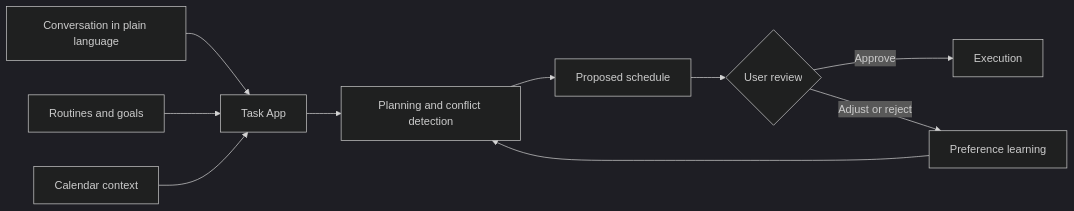
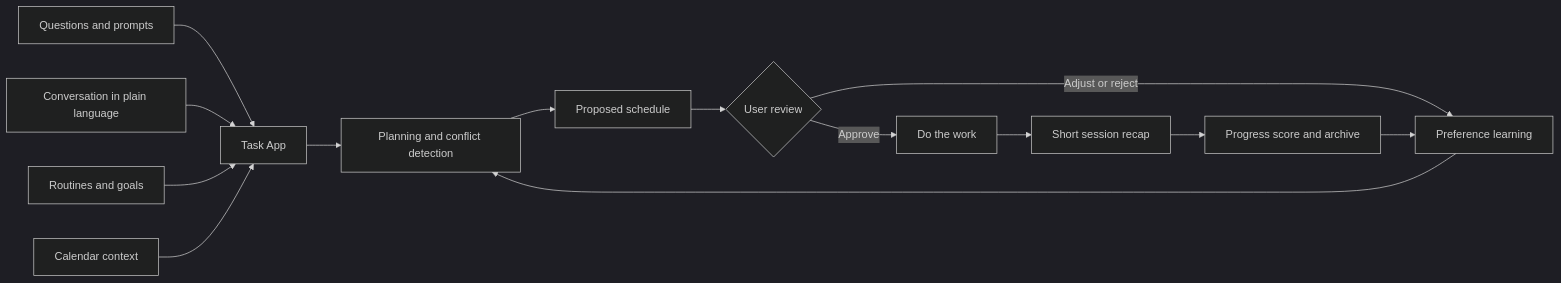
The diagram in README.md (stryker236/task-app-overview), drawn with Mermaid (dark theme) before and after one commit. The commit also changed other lines of this file and 2 other files, not shown here.

````diff
--- a/README.md
+++ b/README.md
@@ -22,12 +27,16 @@
 ```mermaid
 flowchart LR
-    U[Conversation in plain language] --> A[Task App]
+    Q[Questions and prompts] --> A[Task App]
+    U[Conversation in plain language] --> A
     R[Routines and goals] --> A
     C[Calendar context] --> A
     A --> P[Planning and conflict detection]
     P --> S[Proposed schedule]
     S --> F{User review}
-    F -->|Approve| E[Execution]
+    F -->|Approve| E[Do the work]
+    E --> Recap[Short session recap]
+    Recap --> Score[Progress score and archive]
     F -->|Adjust or reject| L[Preference learning]
+    Score --> L
     L --> P
 ```
````
